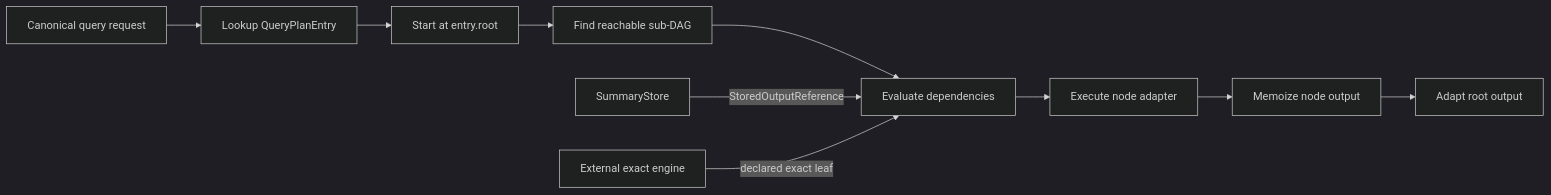
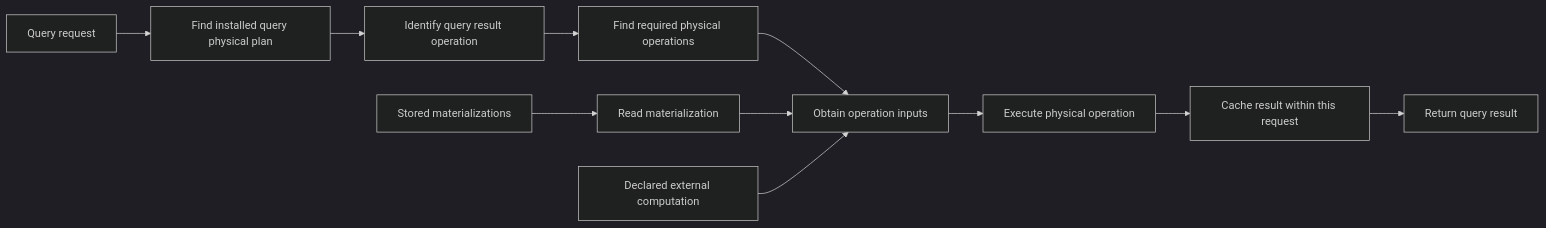
The first of 2 diagrams in docs/design_docs/query-dag-execution.md (ProjectASAP/ASAPQuery-backend), drawn with Mermaid (dark theme) before and after one commit. The commit also changed other lines of this file, not shown here.

Commit message:
docs: align query execution diagram with physical operation terminology

````diff
--- a/docs/design_docs/query-dag-execution.md
+++ b/docs/design_docs/query-dag-execution.md
@@ -25,12 +25,13 @@
 ```mermaid
 flowchart LR
-  Request[Canonical query request] --> Lookup[Lookup QueryPlanEntry]
-  Lookup --> Root[Start at entry.root]
-  Root --> Walk[Find reachable sub-DAG]
-  Walk --> Inputs[Evaluate dependencies]
-  Inputs --> Node[Execute node adapter]
-  Node --> Memo[Memoize node output]
-  Memo --> Result[Adapt root output]
-  Store[SummaryStore] -->|StoredOutputReference| Inputs
-  Exact[External exact engine] -->|declared exact leaf| Inputs
+  Request[Query request] --> Lookup[Find installed query physical plan]
+  Lookup --> Root[Identify query result operation]
+  Root --> Walk[Find required physical operations]
+  Walk --> Inputs[Obtain operation inputs]
+  Inputs --> Execute[Execute physical operation]
+  Execute --> Memo[Cache result within this request]
+  Memo --> Result[Return query result]
+  Store[Stored materializations] --> Read[Read materialization]
+  Read --> Inputs
+  External[Declared external computation] --> Inputs
 ```
````
